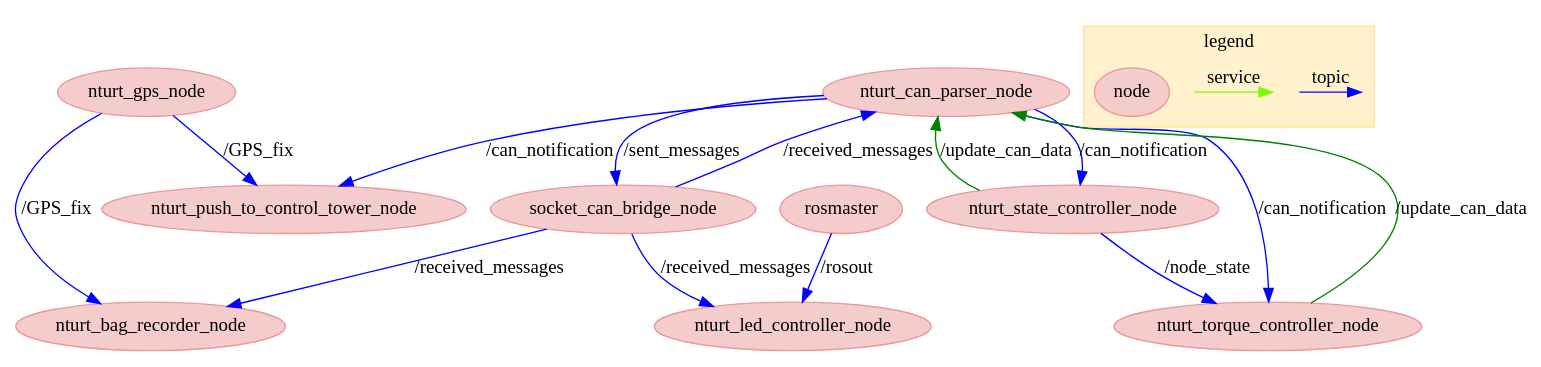
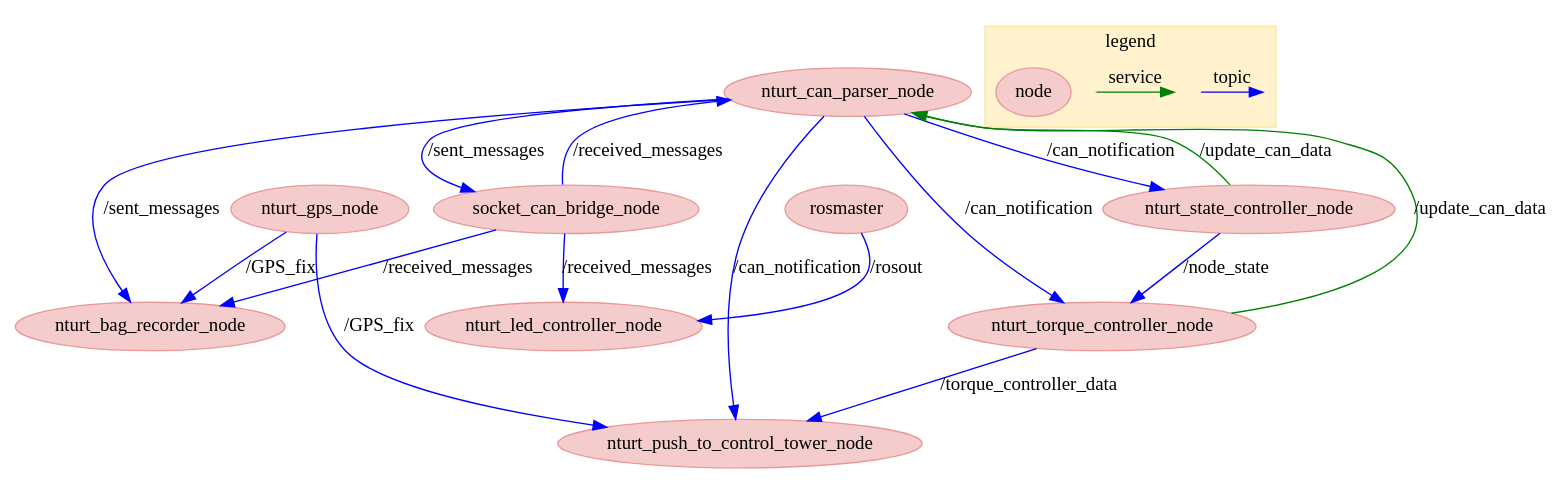
Before and after one commit to NTURacingTeam/nturt_ros: the diagram in nturt_ros/doc/program_structure.dot, drawn with Graphviz. The commit also changed 5 other files, not shown here.

```diff
--- a/nturt_ros/doc/program_structure.dot
+++ b/nturt_ros/doc/program_structure.dot
@@ -1,48 +1,52 @@
 digraph program_structure {
-    graph [fontname="Times"];
-    node [shape=ellipse style=filled fontname="Times" color="#ea9999" fillcolor="#f4cccc"];
-    edge [fontname="Times" color=blue];
+    graph [fontname="Times"]
+    node [shape=ellipse style=filled fontname="Times" color="#ea9999" fillcolor="#f4cccc"]
+    edge [fontname="Times"]
     
     nturt_bag_recorder_node [label=nturt_bag_recorder_node]
     nturt_can_parser_node [label=nturt_can_parser_node]
     nturt_gps_node [label=nturt_gps_node]
     nturt_led_controller_node [label=nturt_led_controller_node]
     nturt_push_to_control_tower_node [label=nturt_push_to_control_tower_node]
     nturt_state_controller_node [label=nturt_state_controller_node]
     nturt_torque_controller_node [label=nturt_torque_controller_node]
     rosmaster [label=rosmaster]
     socket_can_bridge_node [label=socket_can_bridge_node]
     
-    nturt_can_parser_node->socket_can_bridge_node [label="/sent_messages"]
+    // communication
+    // message
+    edge [color=blue]
+    nturt_can_parser_node->nturt_bag_recorder_node [label="/sent_messages"]
     nturt_can_parser_node->nturt_push_to_control_tower_node [label="/can_notification"]
     nturt_can_parser_node->nturt_state_controller_node [label="/can_notification"]
     nturt_can_parser_node->nturt_torque_controller_node [label="/can_notification"]
+    nturt_can_parser_node->socket_can_bridge_node [label="/sent_messages"]
     nturt_gps_node->nturt_bag_recorder_node [label="/GPS_fix"]
     nturt_gps_node->nturt_push_to_control_tower_node [label="/GPS_fix"]
     nturt_state_controller_node->nturt_torque_controller_node [label="/node_state"]
+    nturt_torque_controller_node->nturt_push_to_control_tower_node [label="/torque_controller_data"]
     rosmaster->nturt_led_controller_node [label="/rosout"]
     socket_can_bridge_node->nturt_bag_recorder_node [label="/received_messages"]
     socket_can_bridge_node->nturt_can_parser_node [label="/received_messages"]
     socket_can_bridge_node->nturt_led_controller_node [label="/received_messages"]
     
+    // service
     edge [color=green]
-    
     nturt_state_controller_node->nturt_can_parser_node [label="/update_can_data"]
     nturt_torque_controller_node->nturt_can_parser_node [label="/update_can_data"]
-    
     
     subgraph cluster_legend {
 		style=filled
 		color="#ffe599"
         fillcolor="#fff2cc"
 		label = legend
         {rank=same n0 n1 n2 n3}
         nodes[label="node"]
-        n0 [label= "" shape=none height=.0 width=.0]
-        n1 [label= "" shape=none height=.0 width=.0]
-        n2 [label= "" shape=none height=.0 width=.0]
-        n3 [label= "" shape=none height=.0 width=.0]
+        n0 [label="" shape=none height=0 width=0]
+        n1 [label="" shape=none height=0 width=0]
+        n2 [label="" shape=none height=0 width=0]
+        n3 [label="" shape=none height=0 width=0]
         n0->n1 [label=topic color=blue]
-        n2->n3 [label=service color=lawngreen]
+        n2->n3 [label=service color=green]
 	}
 }
```
